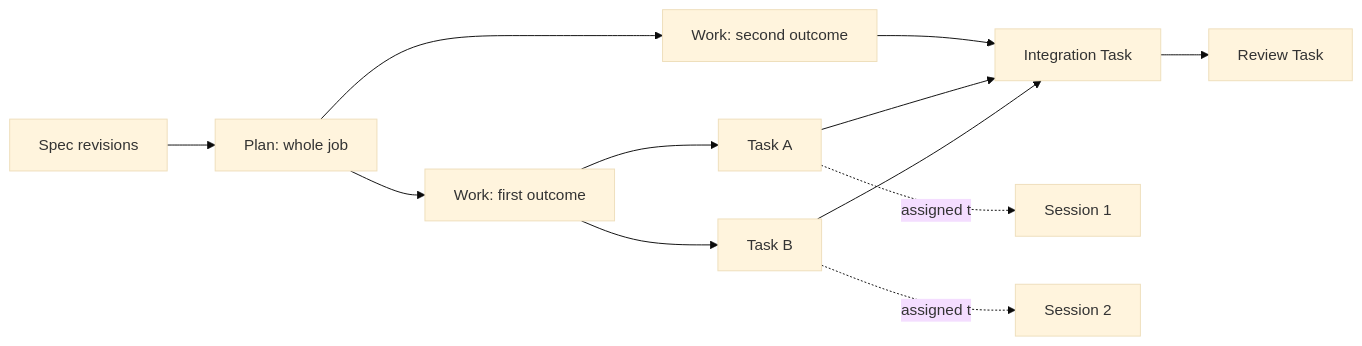
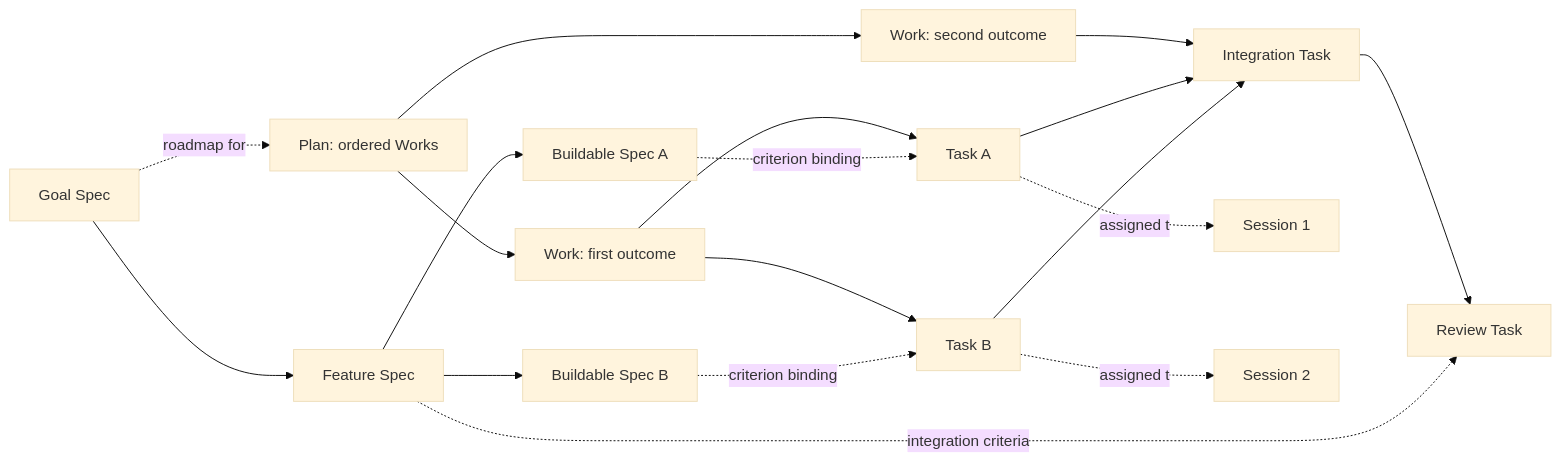
Before and after one commit to Hexpy-Games/butler: the first of 2 diagrams in plans/work-model/work-model-design.md, drawn with Mermaid (base theme). The commit also changed other lines of this file, not shown here.

````diff
--- a/plans/work-model/work-model-design.md
+++ b/plans/work-model/work-model-design.md
@@ -59,14 +81,20 @@
 ```mermaid
 flowchart LR
-  S[Spec revisions] --> P[Plan: whole job]
+  S[Goal Spec] --> F[Feature Spec]
+  F --> L1[Buildable Spec A]
+  F --> L2[Buildable Spec B]
+  S -.roadmap for.-> P[Plan: ordered Works]
   P --> W1[Work: first outcome]
   P --> W2[Work: second outcome]
   W1 --> A[Task A]
   W1 --> B[Task B]
   W2 --> J[Integration Task]
   A --> J
   B --> J
   J --> V[Review Task]
+  L1 -.criterion binding.-> A
+  L2 -.criterion binding.-> B
+  F -.integration criteria.-> V
   A -.assigned to.-> X[Session 1]
   B -.assigned to.-> Y[Session 2]
 ```
````
